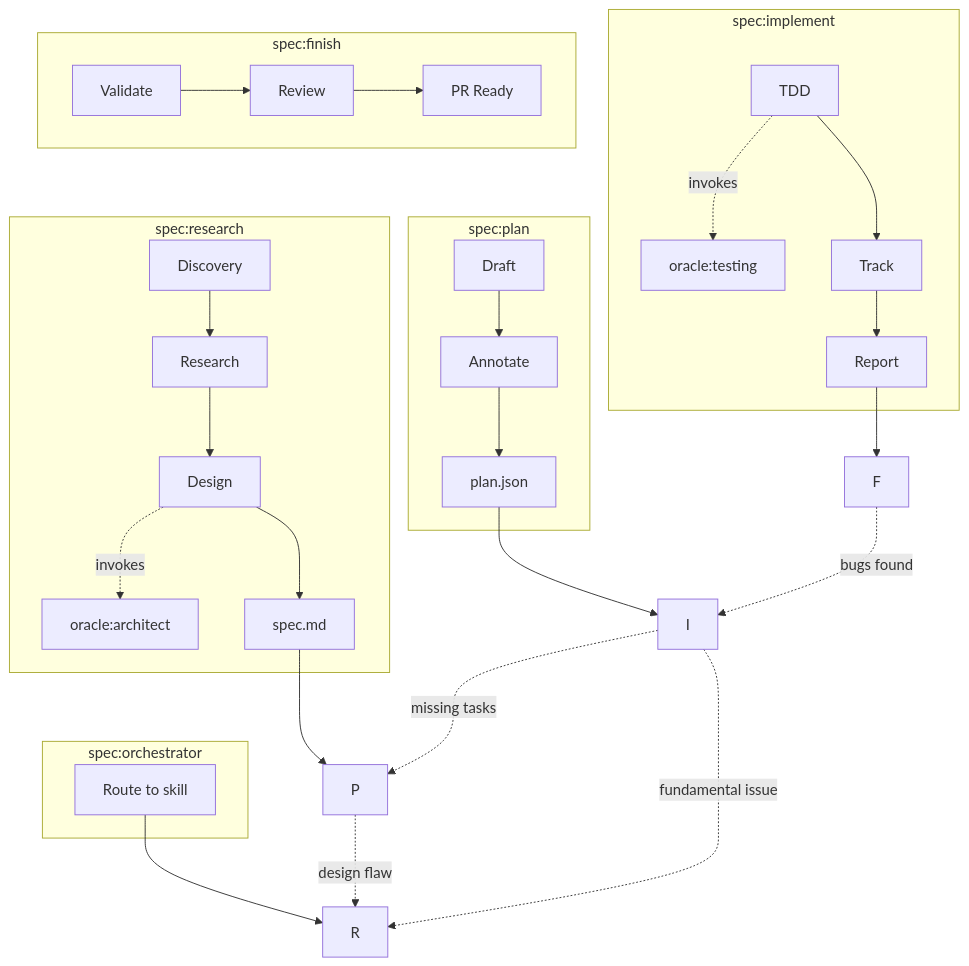
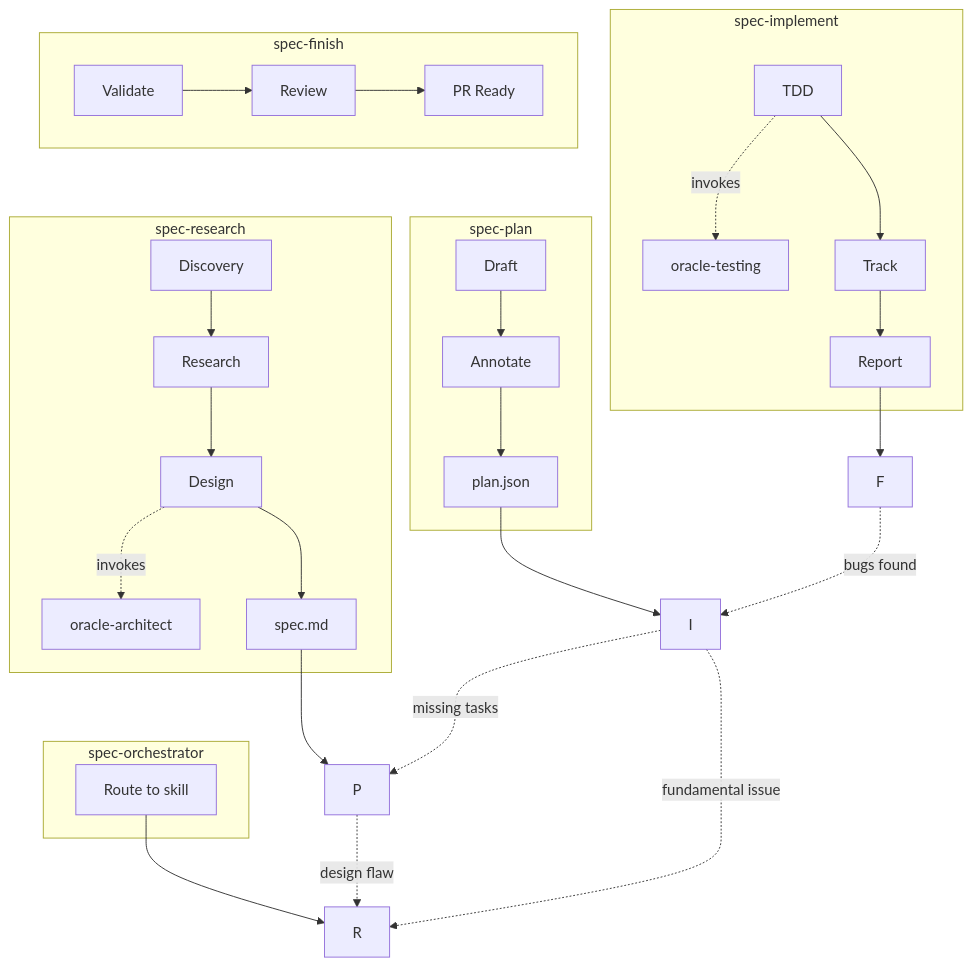
Before and after one commit to martinffx/atelier: the diagram in AGENTS.md, drawn with Mermaid. The commit also changed other lines of this file and 174 other files, not shown here.

````diff
--- a/AGENTS.md
+++ b/AGENTS.md
@@ -75,42 +75,42 @@
 ```mermaid
 graph TB
-    subgraph "spec:orchestrator"
+    subgraph "spec-orchestrator"
         O[Route to skill]
     end
     
     O --> R
     
-    subgraph "spec:research"
+    subgraph "spec-research"
         R1[Discovery] --> R2[Research]
         R2 --> R3[Design]
-        R3 -.->|invokes| A1[oracle:architect]
+        R3 -.->|invokes| A1[oracle-architect]
         R3 --> R4[spec.md]
     end
     
     R4 --> P
     
-    subgraph "spec:plan"
+    subgraph "spec-plan"
         P1[Draft] --> P2[Annotate]
         P2 --> P3[plan.json]
     end
     
     P3 --> I
     
-    subgraph "spec:implement"
-        I1[TDD] -.->|invokes| T1[oracle:testing]
+    subgraph "spec-implement"
+        I1[TDD] -.->|invokes| T1[oracle-testing]
         I1 --> I2[Track]
         I2 --> I3[Report]
     end
     
     I3 --> F
     
-    subgraph "spec:finish"
+    subgraph "spec-finish"
         F1[Validate] --> F2[Review]
         F2 --> F3[PR Ready]
     end
     
     P -.->|design flaw| R
     I -.->|missing tasks| P
     I -.->|fundamental issue| R
     F -.->|bugs found| I
 ```
````
